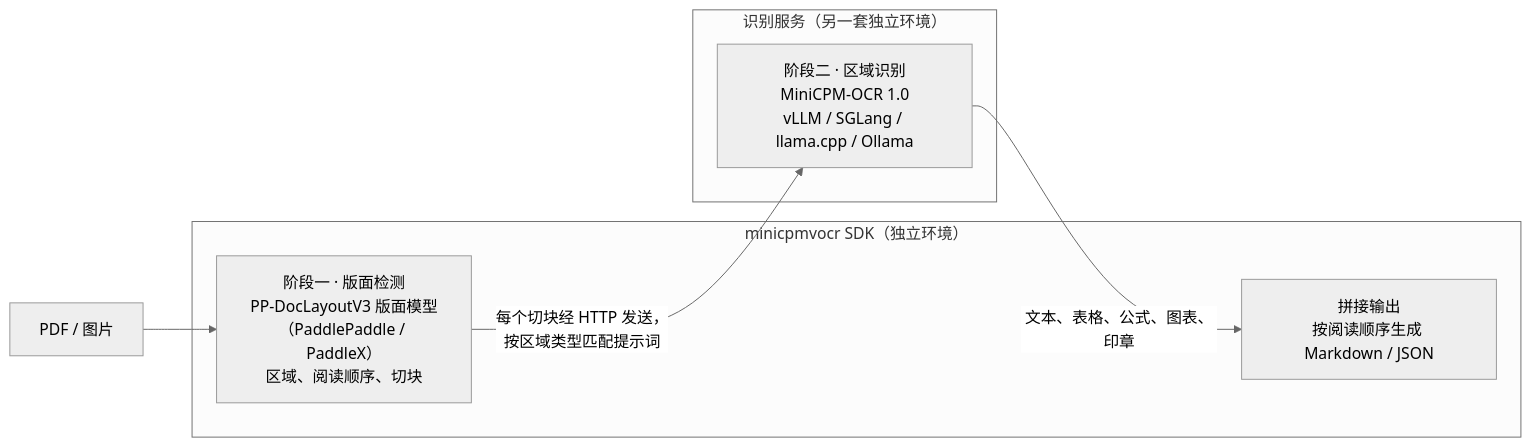
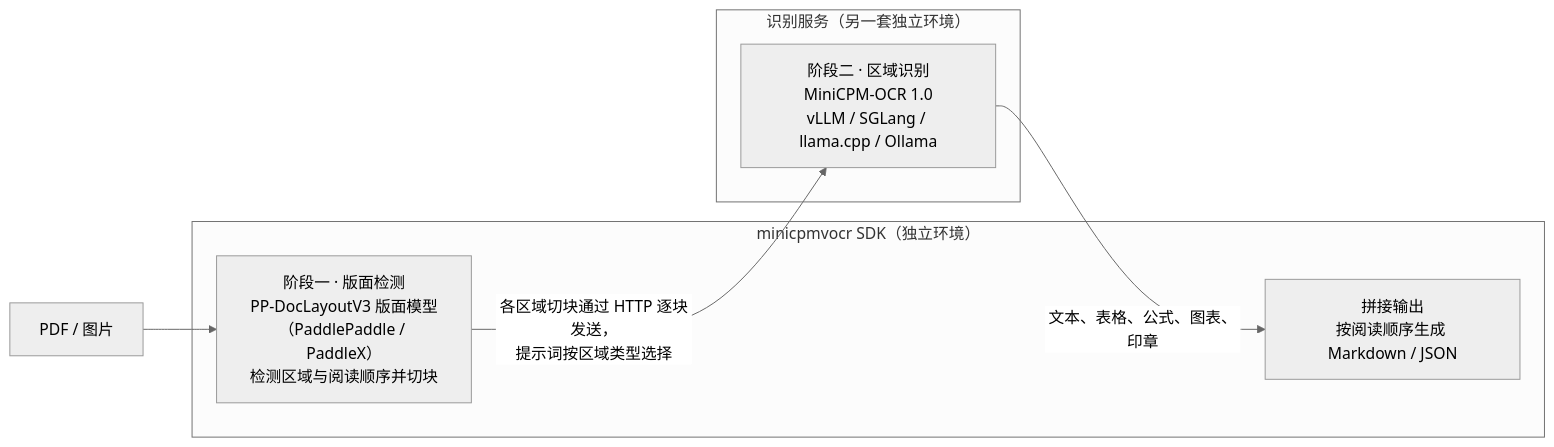
One commit to OpenBMB/MiniCPM-OCR changed the diagram in README_zh.md. Above: the diagram before and after it, drawn with Mermaid (neutral theme). The commit also changed other lines of this file and 1 other file, not shown here.

````diff
--- a/README_zh.md
+++ b/README_zh.md
@@ -156,16 +156,16 @@
 ```mermaid
 flowchart LR
     DOC["PDF / 图片"] --> S1
 
     subgraph SDKENV ["minicpmvocr SDK（独立环境）"]
-        S1["阶段一 · 版面检测<br>PP-DocLayoutV3 版面模型（PaddlePaddle / PaddleX）<br>区域、阅读顺序、切块"]
+        S1["阶段一 · 版面检测<br>PP-DocLayoutV3 版面模型（PaddlePaddle / PaddleX）<br>检测区域与阅读顺序并切块"]
         ASM["拼接输出<br>按阅读顺序生成 Markdown / JSON"]
     end
 
     subgraph SRVENV ["识别服务（另一套独立环境）"]
         S2["阶段二 · 区域识别<br>MiniCPM-OCR 1.0<br>vLLM / SGLang / llama.cpp / Ollama"]
     end
 
-    S1 -- "每个切块经 HTTP 发送，<br>按区域类型匹配提示词" --> S2
+    S1 -- "各区域切块通过 HTTP 逐块发送，<br>提示词按区域类型选择" --> S2
     S2 -- "文本、表格、公式、图表、印章" --> ASM
 ```
````
